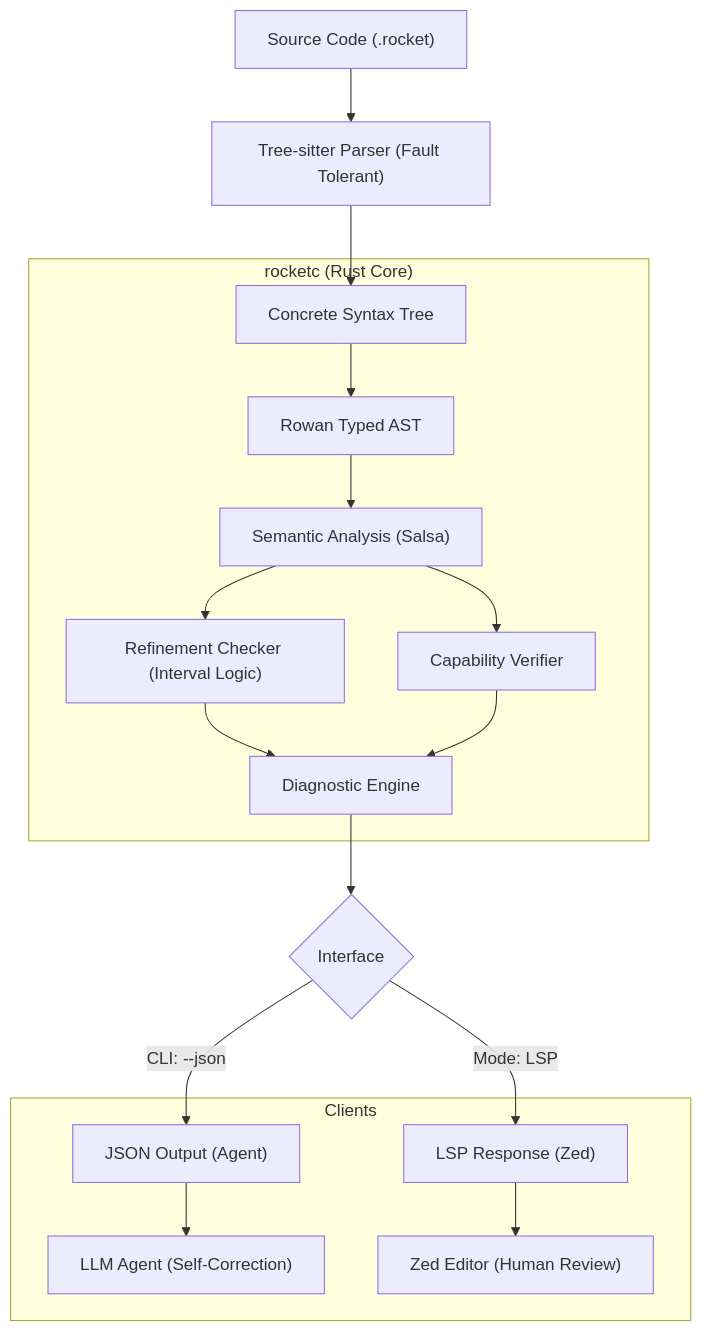
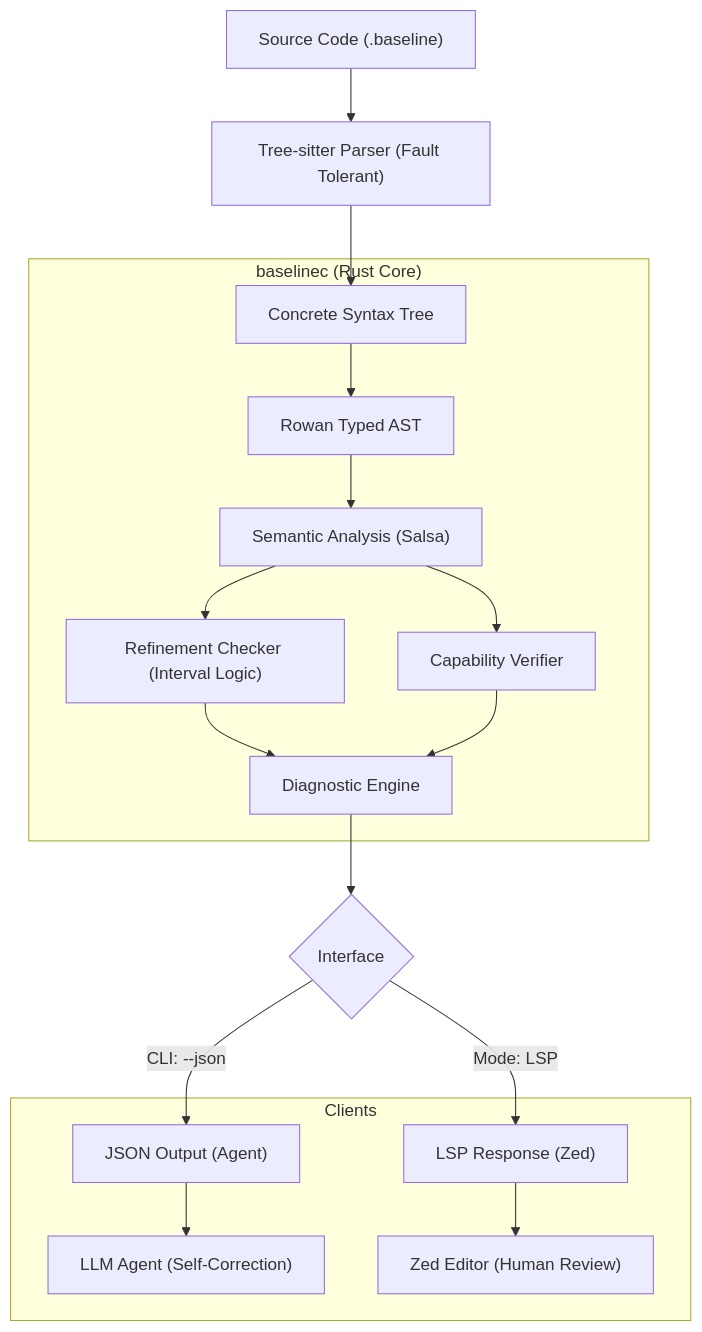
One commit to manifestdocs/baseline changed the diagram in design/technical-specification.md. Above: the diagram before and after it, drawn with Mermaid. The commit also changed other lines of this file and 75 other files, not shown here.

Commit message:
Refactor: Rocket -> Baseline and Safety Features

````diff
--- a/design/technical-specification.md
+++ b/design/technical-specification.md
@@ -30,24 +30,24 @@
 ```mermaid
 graph TD
-    Source["Source Code (.rocket)"] --> TS["Tree-sitter Parser (Fault Tolerant)"]
+    Source["Source Code (.baseline)"] --> TS["Tree-sitter Parser (Fault Tolerant)"]
     TS --> CST["Concrete Syntax Tree"]
     
-    subgraph "rocketc (Rust Core)"
+    subgraph "baselinec (Rust Core)"
         CST --> AST["Rowan Typed AST"]
         AST --> Analysis["Semantic Analysis (Salsa)"]
         Analysis --> Refine["Refinement Checker (Interval Logic)"]
         Analysis --> Effect["Capability Verifier"]
         Refine & Effect --> Diagnostics["Diagnostic Engine"]
     end
     
     Diagnostics --> InterfaceSwitch{Interface}
     
     InterfaceSwitch -->|CLI: --json| JSON["JSON Output (Agent)"]
     InterfaceSwitch -->|Mode: LSP| LSP["LSP Response (Zed)"]
     
     subgraph "Clients"
         JSON --> AgentLoop["LLM Agent (Self-Correction)"]
         LSP --> Zed["Zed Editor (Human Review)"]
     end
 
 ```
````
